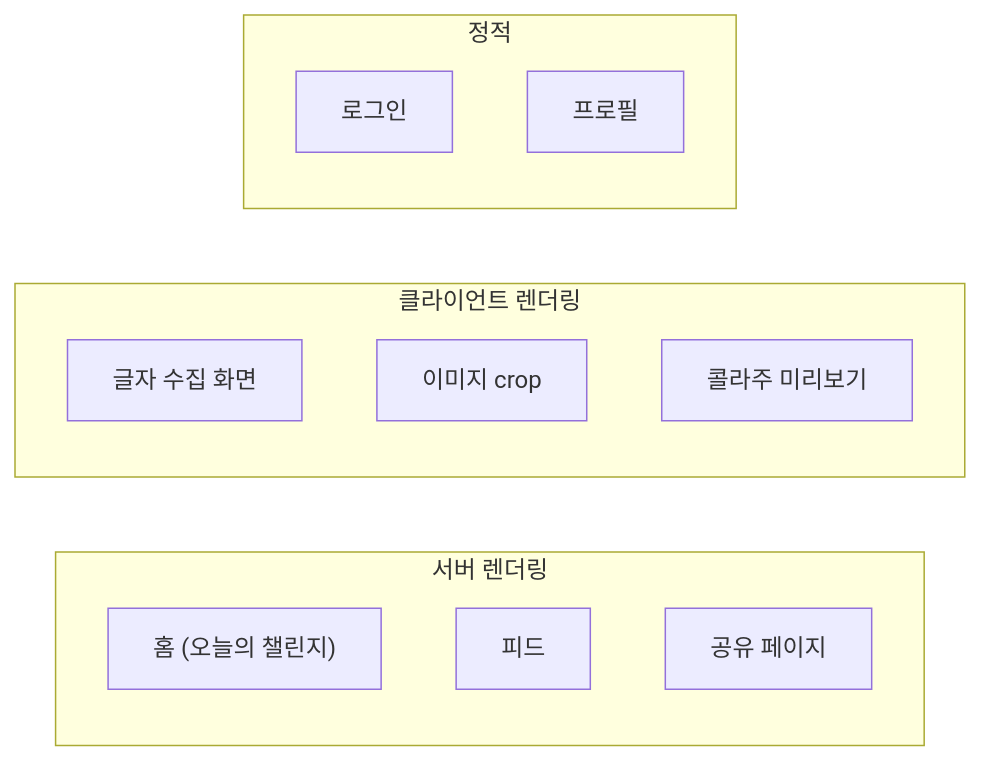
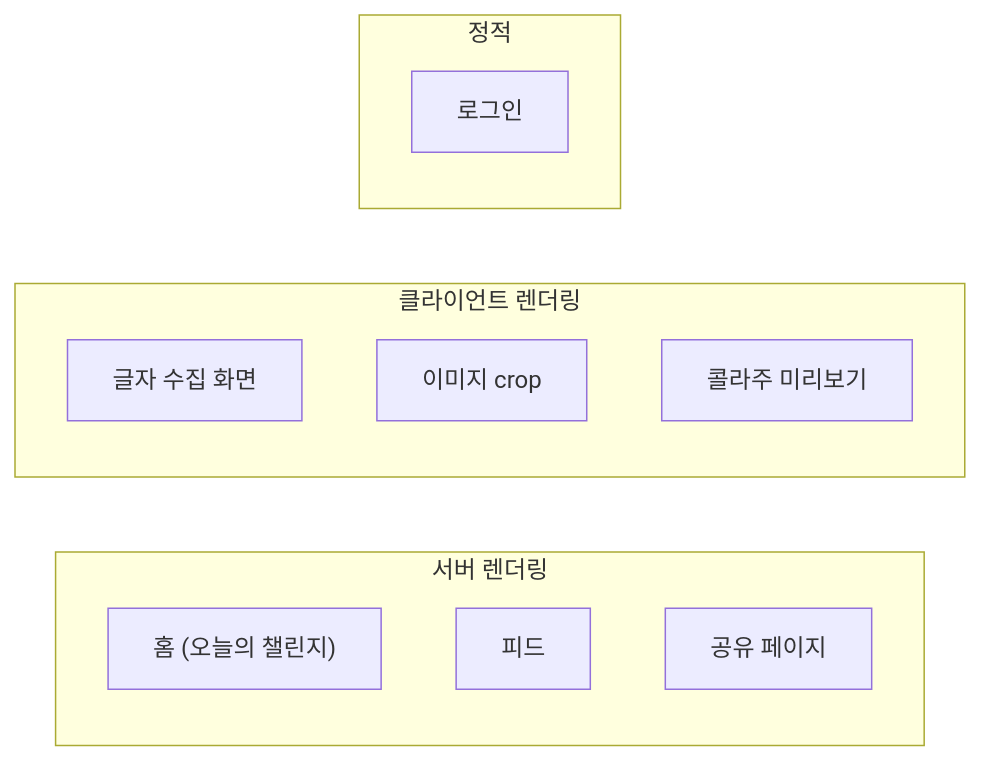
One commit to hjnMavis/typolog changed the second of 6 diagrams in docs/architecture.md. Above: the diagram before and after it, drawn with Mermaid. The commit also changed other lines of this file and 7 other files, not shown here.

````diff
--- a/docs/architecture.md
+++ b/docs/architecture.md
@@ -64,19 +64,18 @@
 ```mermaid
 graph LR
     subgraph SSR["서버 렌더링"]
         Home["홈 (오늘의 챌린지)"]
         Feed["피드"]
         Share["공유 페이지"]
     end
 
     subgraph CSR["클라이언트 렌더링"]
         Challenge["글자 수집 화면"]
         Cropper["이미지 crop"]
         Preview["콜라주 미리보기"]
     end
 
     subgraph Static["정적"]
         Login["로그인"]
-        Profile["프로필"]
     end
 ```
````
